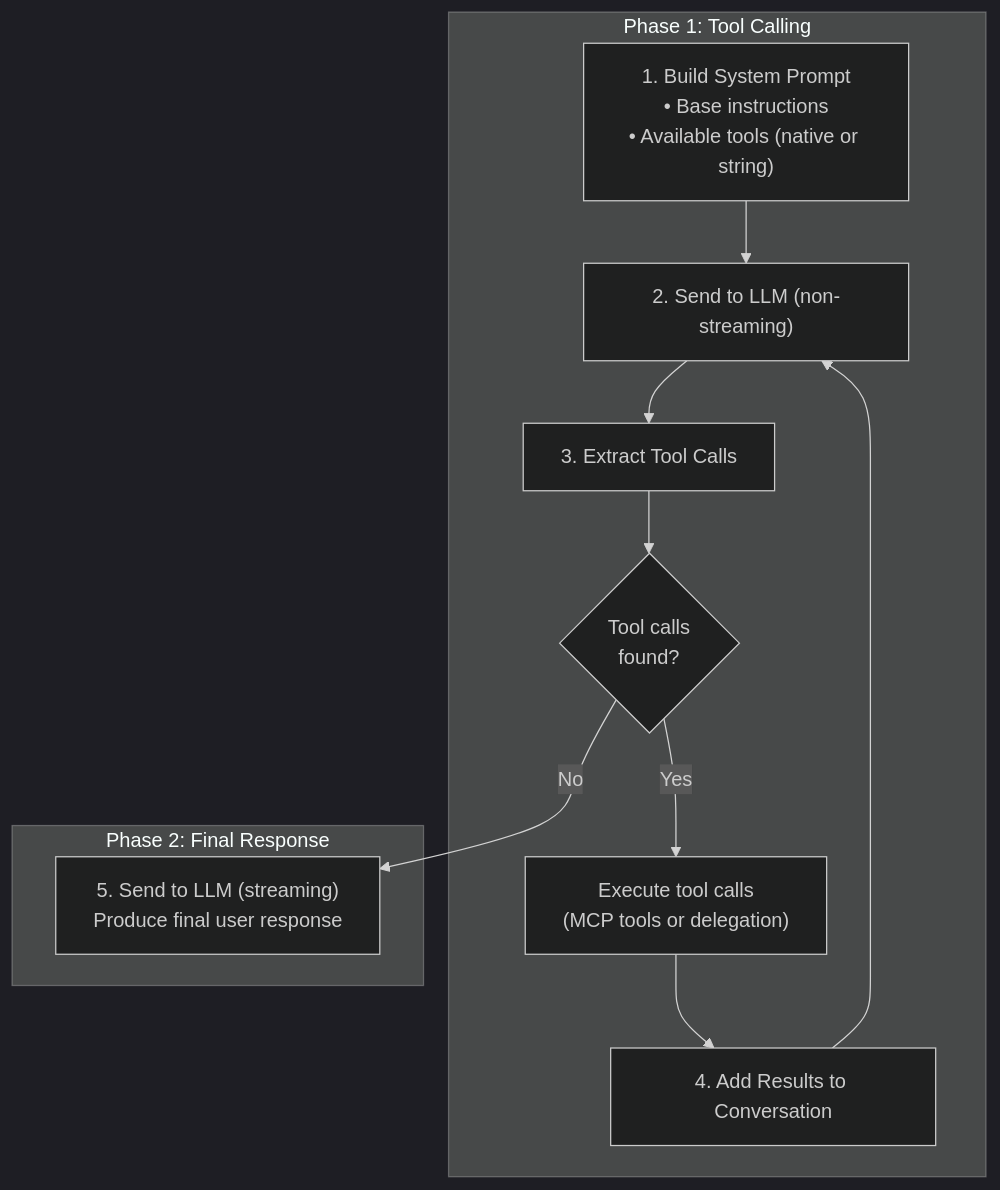
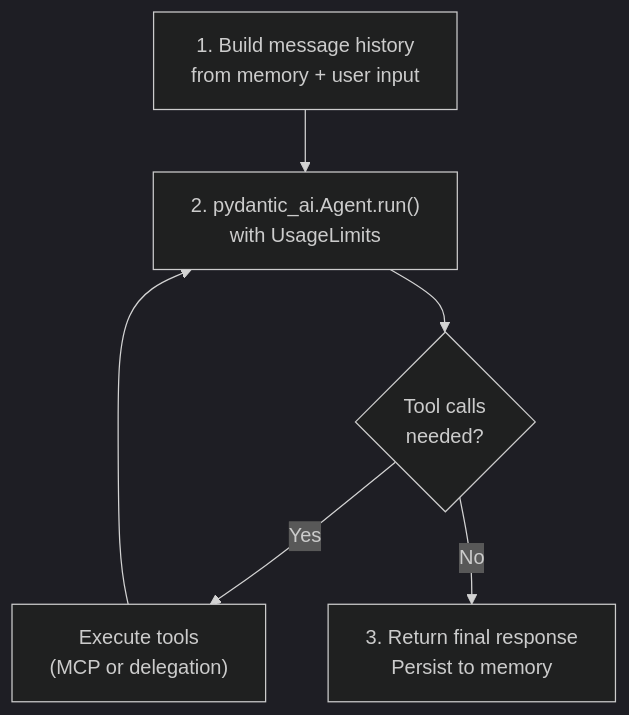
Before and after one commit to axsaucedo/kaos: the diagram in docs/python-framework/agentic-loop.md, drawn with Mermaid (dark theme). The commit also changed other lines of this file and 7 other files, not shown here.

First line of the commit message:
docs: update python framework docs for pydantic-ai architecture

````diff
--- a/docs/python-framework/agentic-loop.md
+++ b/docs/python-framework/agentic-loop.md
@@ -7,28 +7,14 @@
 ```mermaid
 flowchart TB
-    subgraph phase1["Phase 1: Tool Calling"]
-        start["1. Build System Prompt<br/>• Base instructions<br/>• Available tools (native or string)"]
-        
-        llm["2. Send to LLM (non-streaming)"]
-        
-        extract["3. Extract Tool Calls"]
-        
-        tool_calls{"Tool calls<br/>found?"}
-        
-        exec["Execute tool calls<br/>(MCP tools or delegation)"]
-        
-        add["4. Add Results to Conversation"]
-    end
-    
-    subgraph phase2["Phase 2: Final Response"]
-        final["5. Send to LLM (streaming)<br/>Produce final user response"]
-    end
-    
-    start --> llm
-    llm --> extract
-    extract --> tool_calls
-    tool_calls -->|Yes| exec
-    tool_calls -->|No| final
-    exec --> add
-    add --> llm
+    start["1. Build message history<br/>from memory + user input"]
+    run["2. pydantic_ai.Agent.run()<br/>with UsageLimits"]
+    tools{"Tool calls<br/>needed?"}
+    exec["Execute tools<br/>(MCP or delegation)"]
+    done["3. Return final response<br/>Persist to memory"]
+
+    start --> run
+    run --> tools
+    tools -->|Yes| exec
+    exec --> run
+    tools -->|No| done
 ```
````
